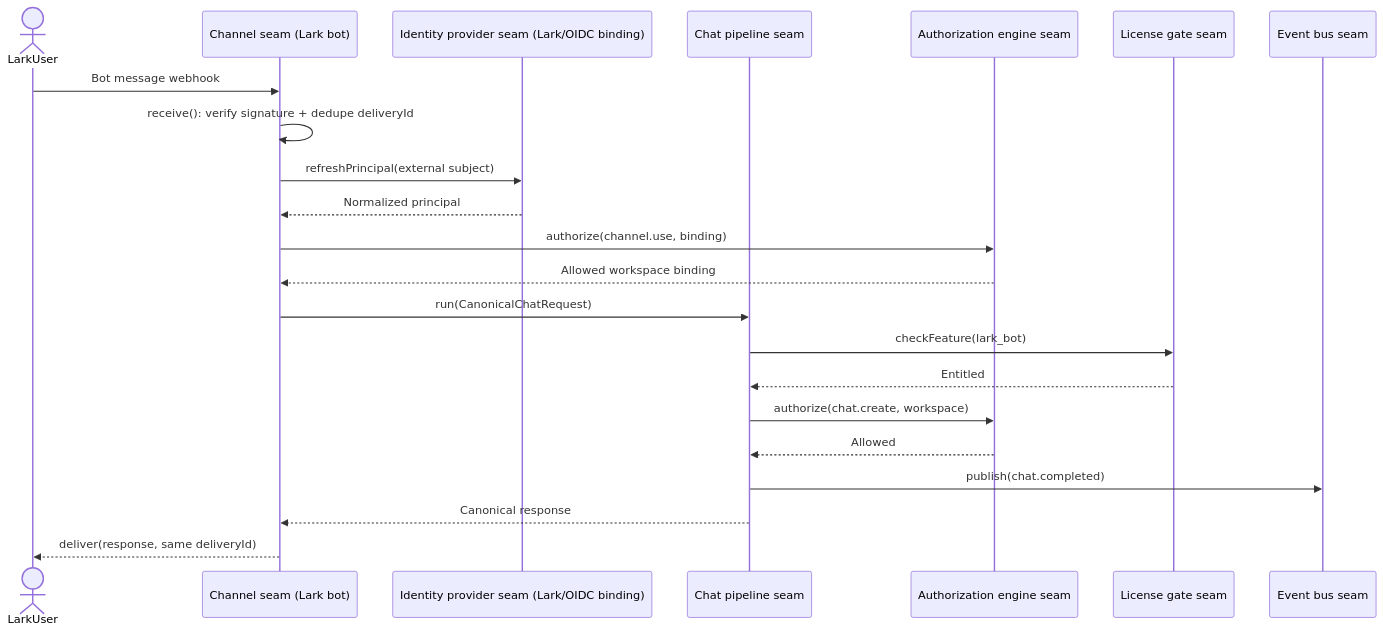
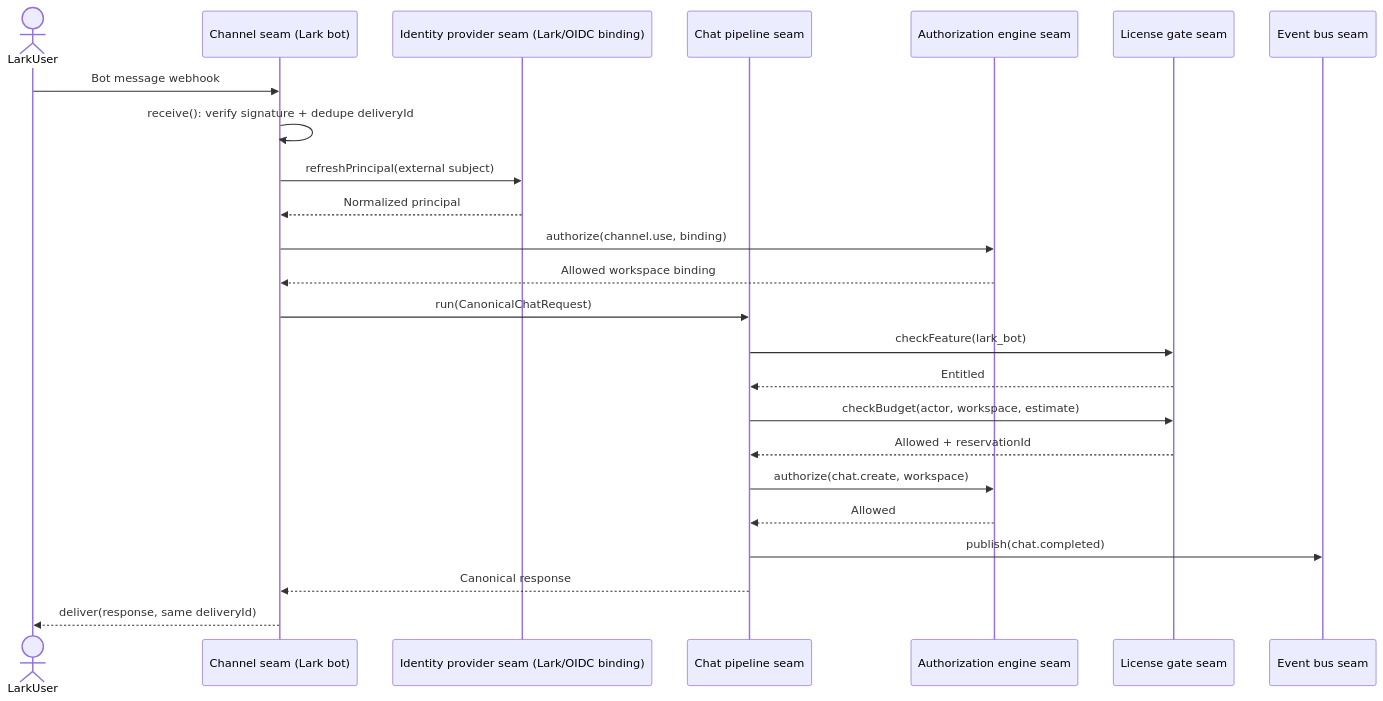
One commit to infinityplatformhub/anything-llm changed the third of 15 diagrams in docs/superpowers/design/00-sequence-review.md. Above: the diagram before and after it, drawn with Mermaid. The commit also changed 4 other files, not shown here.

````diff
--- a/docs/superpowers/design/00-sequence-review.md
+++ b/docs/superpowers/design/00-sequence-review.md
@@ -85,24 +85,26 @@
 ```mermaid
 sequenceDiagram
   actor LarkUser
   participant Lark as Channel seam (Lark bot)
   participant Identity as Identity provider seam (Lark/OIDC binding)
   participant Pipeline as Chat pipeline seam
   participant Authz as Authorization engine seam
   participant License as License gate seam
   participant Events as Event bus seam
   LarkUser->>Lark: Bot message webhook
   Lark->>Lark: receive(): verify signature + dedupe deliveryId
   Lark->>Identity: refreshPrincipal(external subject)
   Identity-->>Lark: Normalized principal
   Lark->>Authz: authorize(channel.use, binding)
   Authz-->>Lark: Allowed workspace binding
   Lark->>Pipeline: run(CanonicalChatRequest)
   Pipeline->>License: checkFeature(lark_bot)
   License-->>Pipeline: Entitled
+  Pipeline->>License: checkBudget(actor, workspace, estimate)
+  License-->>Pipeline: Allowed + reservationId
   Pipeline->>Authz: authorize(chat.create, workspace)
   Authz-->>Pipeline: Allowed
   Pipeline->>Events: publish(chat.completed)
   Pipeline-->>Lark: Canonical response
   Lark-->>LarkUser: deliver(response, same deliveryId)
 ```
````
